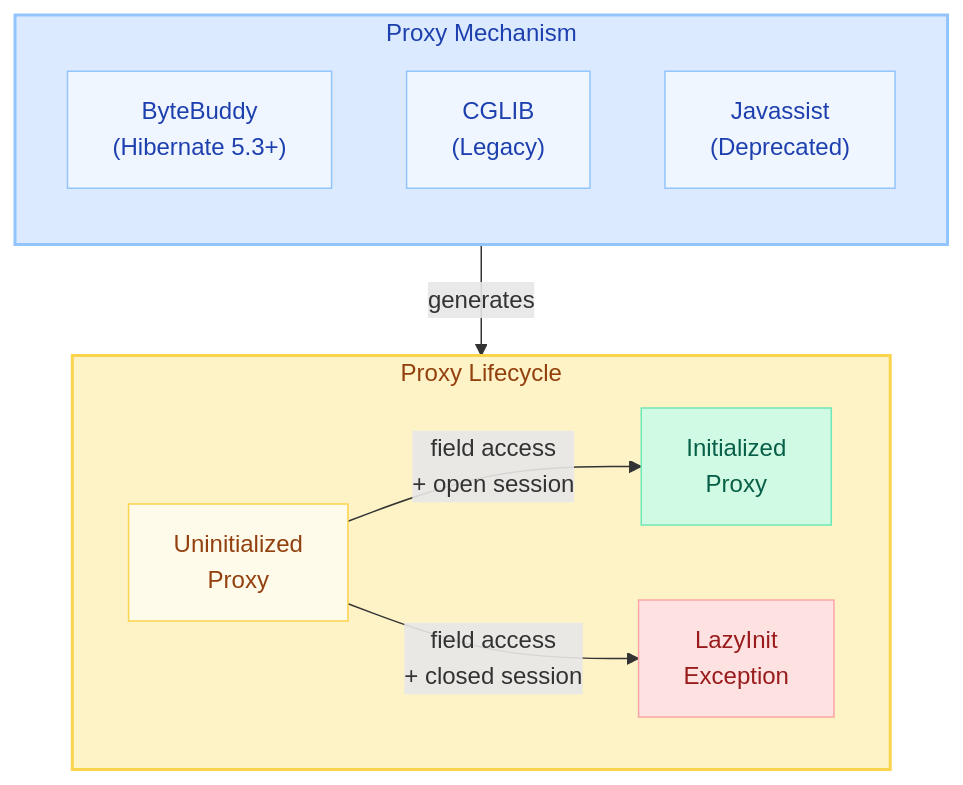
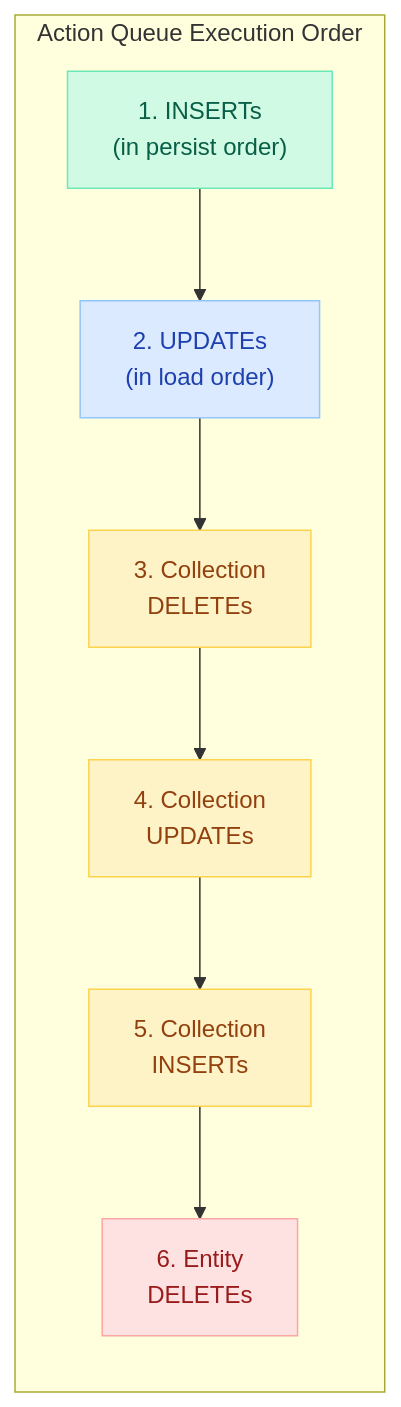
The fifth of 10 diagrams in docs/springboot/hibernate-internals.md (saivamsikaruturi/vamsilabs-dev-notes-main), drawn with Mermaid before and after one commit. The commit also changed other lines of this file and 21 other files, not shown here.

````diff
--- a/docs/springboot/hibernate-internals.md
+++ b/docs/springboot/hibernate-internals.md
@@ -378,29 +528,17 @@
 ```mermaid
-flowchart TD
-    subgraph PROXY["Proxy Mechanism"]
-        direction TB
-        BB["ByteBuddy<br/>(Hibernate 5.3+)"]
-        CG["CGLIB<br/>(Legacy)"]
-        JP["Javassist<br/>(Deprecated)"]
+flowchart LR
+    subgraph AQ["Action Queue Execution Order"]
+        I["1. INSERTs<br/>(in persist order)"] --> U["2. UPDATEs<br/>(in load order)"]
+        U --> CD["3. Collection<br/>DELETEs"]
+        CD --> CU["4. Collection<br/>UPDATEs"]
+        CU --> CI["5. Collection<br/>INSERTs"]
+        CI --> D["6. Entity<br/>DELETEs"]
     end
 
-    subgraph LIFECYCLE["Proxy Lifecycle"]
-        direction LR
-        Uninit["Uninitialized<br/>Proxy"]
-        Init["Initialized<br/>Proxy"]
-        Ex["LazyInit<br/>Exception"]
-    end
-
-    BB -->|"generates"| Uninit
-    Uninit -->|"field access<br/>+ open session"| Init
-    Uninit -->|"field access<br/>+ closed session"| Ex
-
-    style PROXY fill:#DBEAFE,stroke:#93C5FD,stroke-width:2px,color:#1E40AF
-    style LIFECYCLE fill:#FEF3C7,stroke:#FCD34D,stroke-width:2px,color:#92400E
-    style BB fill:#EFF6FF,stroke:#93C5FD,color:#1E40AF
-    style CG fill:#EFF6FF,stroke:#93C5FD,color:#1E40AF
-    style JP fill:#EFF6FF,stroke:#93C5FD,color:#1E40AF
-    style Uninit fill:#FFFBEB,stroke:#FCD34D,color:#92400E
-    style Init fill:#D1FAE5,stroke:#6EE7B7,color:#065F46
-    style Ex fill:#FEE2E2,stroke:#FCA5A5,color:#991B1B
+    style I fill:#D1FAE5,stroke:#6EE7B7,color:#065F46
+    style U fill:#DBEAFE,stroke:#93C5FD,color:#1E40AF
+    style CD fill:#FEF3C7,stroke:#FCD34D,color:#92400E
+    style CU fill:#FEF3C7,stroke:#FCD34D,color:#92400E
+    style CI fill:#FEF3C7,stroke:#FCD34D,color:#92400E
+    style D fill:#FEE2E2,stroke:#FCA5A5,color:#991B1B
 ```
````
